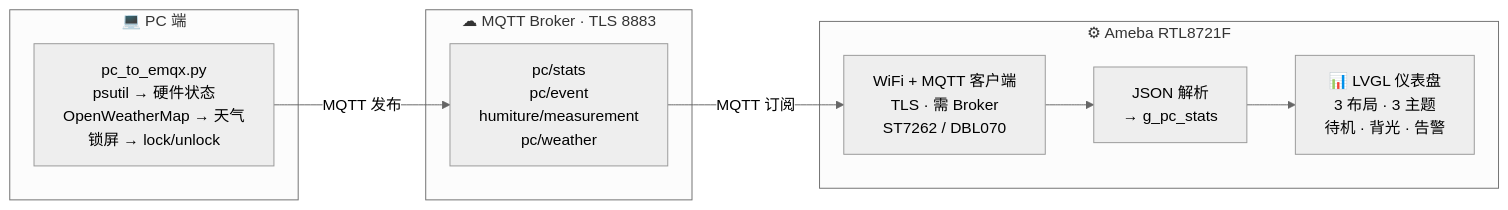
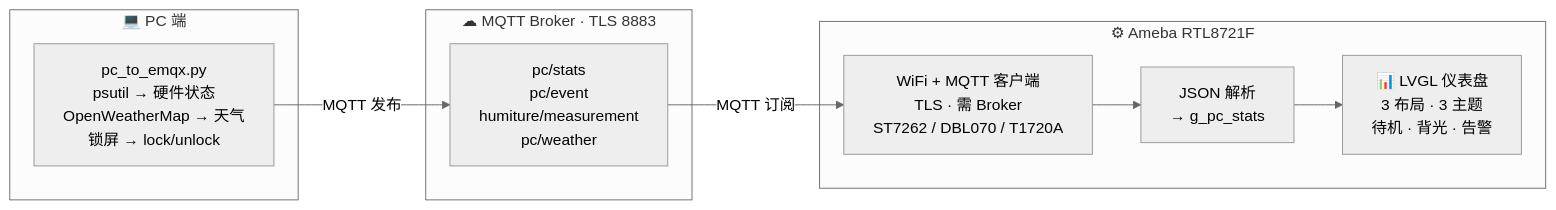
Before and after one commit to yangdavid988/mcu-pc-dashboard: the second of 2 diagrams in README_CN.md, drawn with Mermaid (neutral theme). The commit also changed other lines of this file and 35 other files, not shown here.

````diff
--- a/README_CN.md
+++ b/README_CN.md
@@ -130,21 +135,21 @@
 ```mermaid
 flowchart LR
     subgraph PC_MQTT["💻 PC 端"]
         HW_MQTT["pc_to_emqx.py\npsutil → 硬件状态\nOpenWeatherMap → 天气\n锁屏 → lock/unlock"]
     end
 
     subgraph Broker["☁ MQTT Broker · TLS 8883"]
         TOPICS["pc/stats\npc/event\nhumiture/measurement\npc/weather"]
     end
 
     subgraph MCU_MQTT["⚙ Ameba RTL8721F"]
-        MQTT_RX["WiFi + MQTT 客户端\nTLS · 需 Broker\nST7262 / DBL070"]
+        MQTT_RX["WiFi + MQTT 客户端\nTLS · 需 Broker\nST7262 / DBL070 / T1720A"]
         JSON_MQTT["JSON 解析\n→ g_pc_stats"]
         UI_MQTT["📊 LVGL 仪表盘\n3 布局 · 3 主题\n待机 · 背光 · 告警"]
     end
 
     HW_MQTT -->|MQTT 发布| TOPICS
     TOPICS -->|MQTT 订阅| MQTT_RX
     MQTT_RX --> JSON_MQTT
     JSON_MQTT --> UI_MQTT
 ```
````
